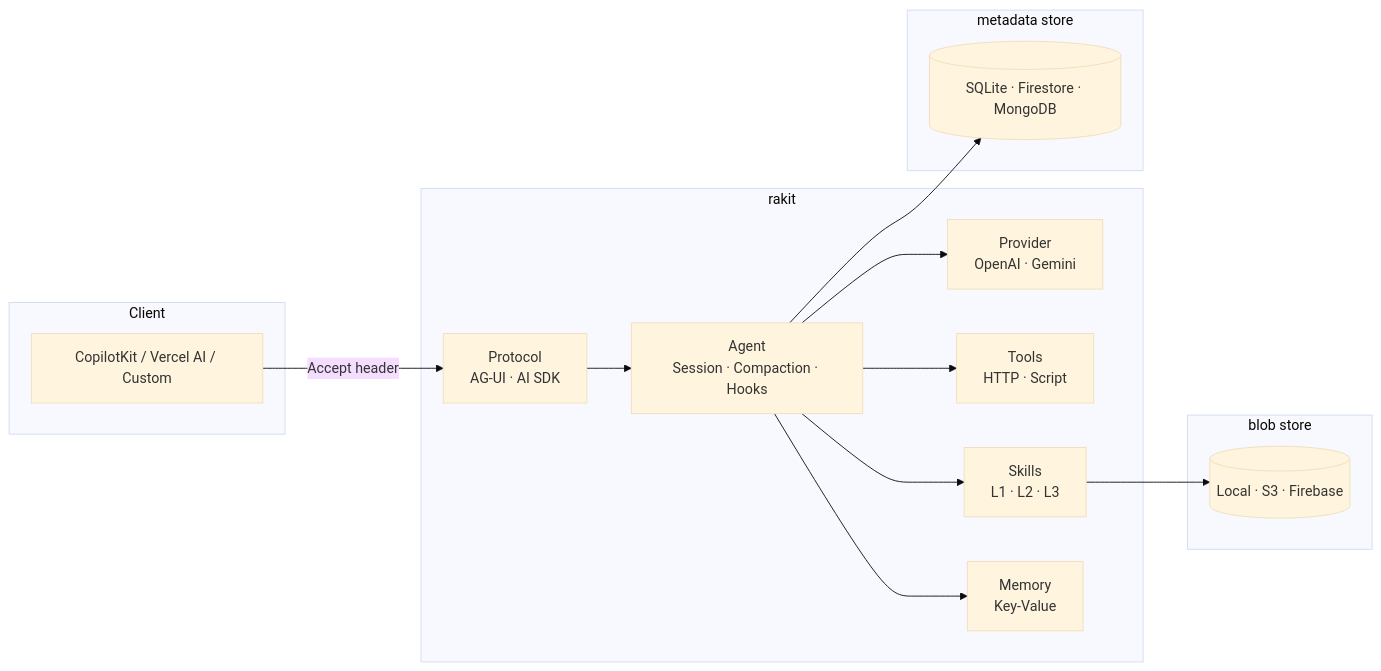
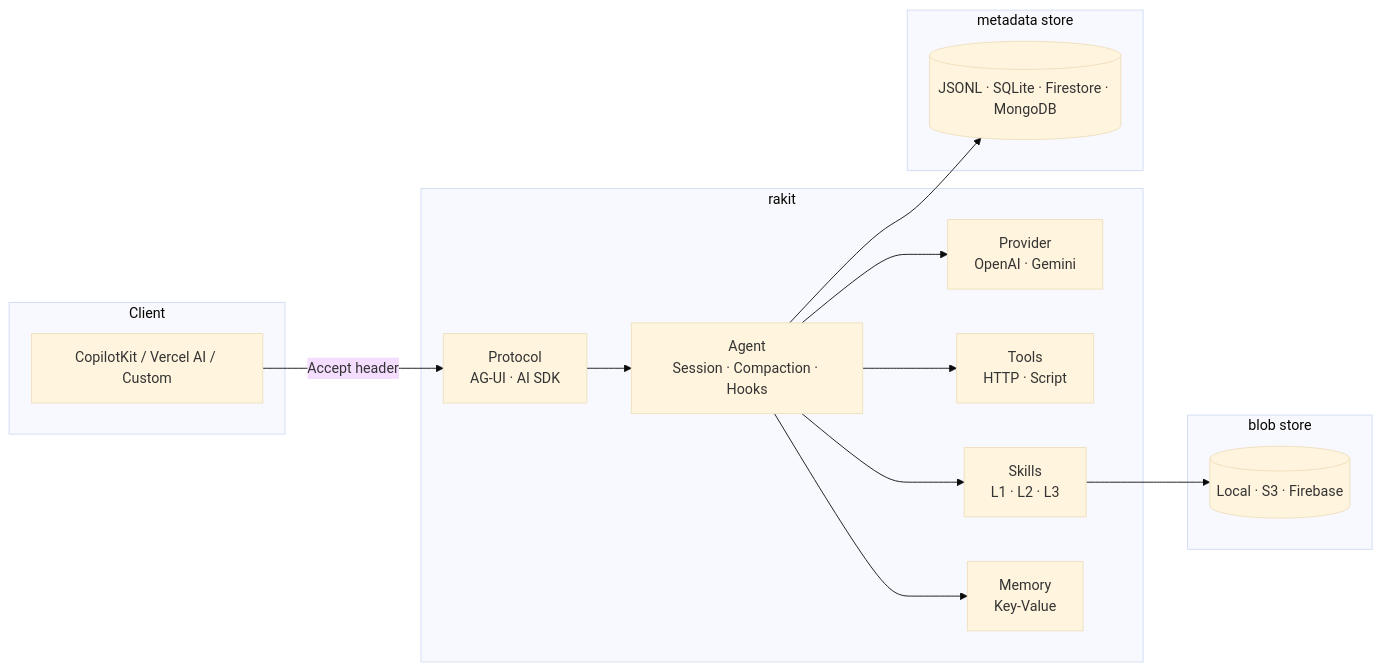
The first of 5 diagrams in docs/ARCHITECTURE.md (ratrektlabs/rakit), drawn with Mermaid (base theme) before and after one commit. The commit also changed other lines of this file and 29 other files, not shown here.

````diff
--- a/docs/ARCHITECTURE.md
+++ b/docs/ARCHITECTURE.md
@@ -7,32 +7,32 @@
 ```mermaid
 graph LR
     subgraph Client
         UI[CopilotKit / Vercel AI / Custom]
     end
 
     subgraph "rakit"
         P[Protocol<br>AG-UI · AI SDK]
         A[Agent<br>Session · Compaction · Hooks]
         PR[Provider<br>OpenAI · Gemini]
         T[Tools<br>HTTP · Script]
         SK[Skills<br>L1 · L2 · L3]
         M[Memory<br>Key-Value]
     end
 
     subgraph "metadata store"
-        DB[(SQLite · Firestore · MongoDB)]
+        DB[(JSONL · SQLite · Firestore · MongoDB)]
     end
 
     subgraph "blob store"
         FS[(Local · S3 · Firebase)]
     end
 
     UI -->|Accept header| P
     P --> A
     A --> PR
     A --> T
     A --> SK
     A --> M
     A --> DB
     SK --> FS
 ```
````
